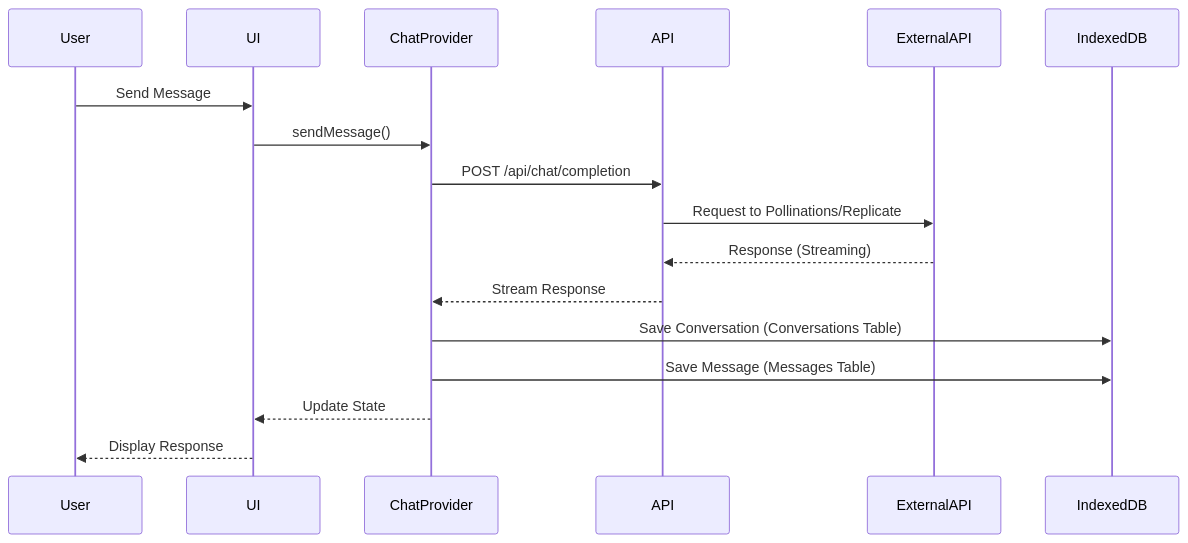
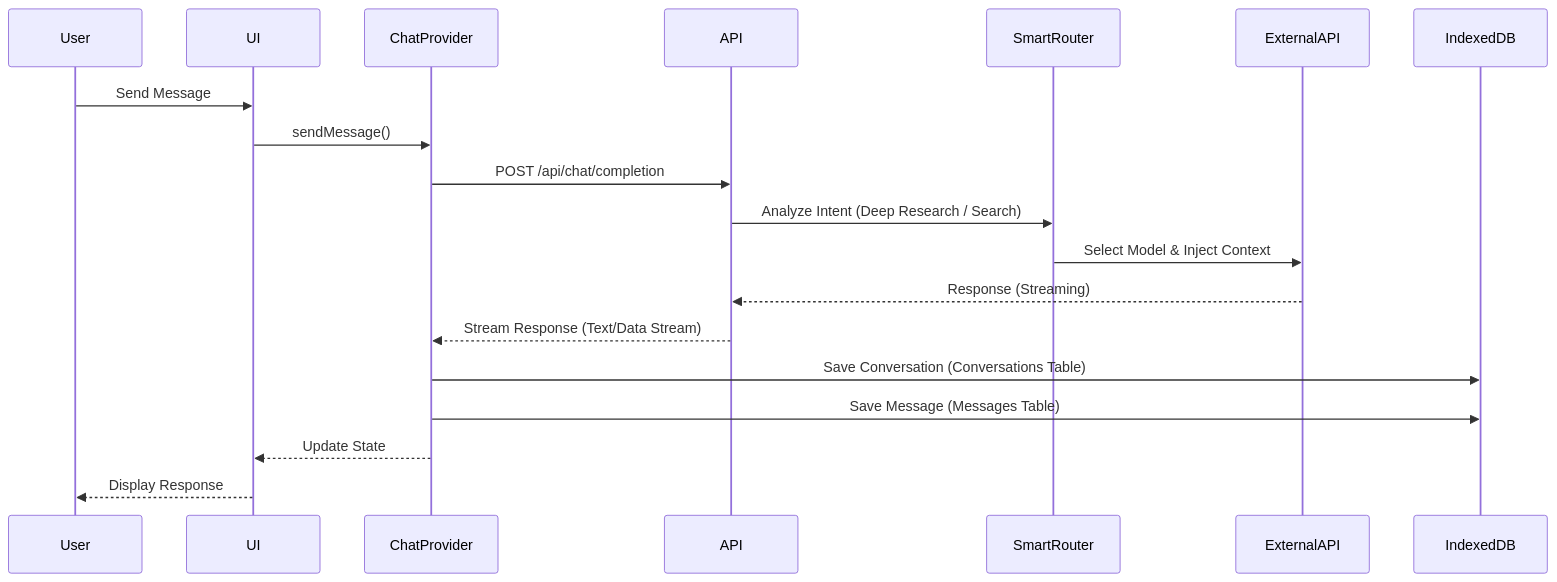
The third of 5 diagrams in docs/architecture-view.md (loopmaster303/heyhihosted), drawn with Mermaid before and after one commit. The commit also changed other lines of this file and 18 other files, not shown here.

````diff
--- a/docs/architecture-view.md
+++ b/docs/architecture-view.md
@@ -76,20 +79,22 @@
 ```mermaid
 sequenceDiagram
     participant User
     participant UI
     participant ChatProvider
     participant API
+    participant SmartRouter
     participant ExternalAPI
     participant IndexedDB
     
     User->>UI: Send Message
     UI->>ChatProvider: sendMessage()
     ChatProvider->>API: POST /api/chat/completion
-    API->>ExternalAPI: Request to Pollinations/Replicate
+    API->>SmartRouter: Analyze Intent (Deep Research / Search)
+    SmartRouter->>ExternalAPI: Select Model & Inject Context
     ExternalAPI-->>API: Response (Streaming)
-    API-->>ChatProvider: Stream Response
+    API-->>ChatProvider: Stream Response (Text/Data Stream)
     ChatProvider->>IndexedDB: Save Conversation (Conversations Table)
     ChatProvider->>IndexedDB: Save Message (Messages Table)
     ChatProvider-->>UI: Update State
     UI-->>User: Display Response
 ```
````
